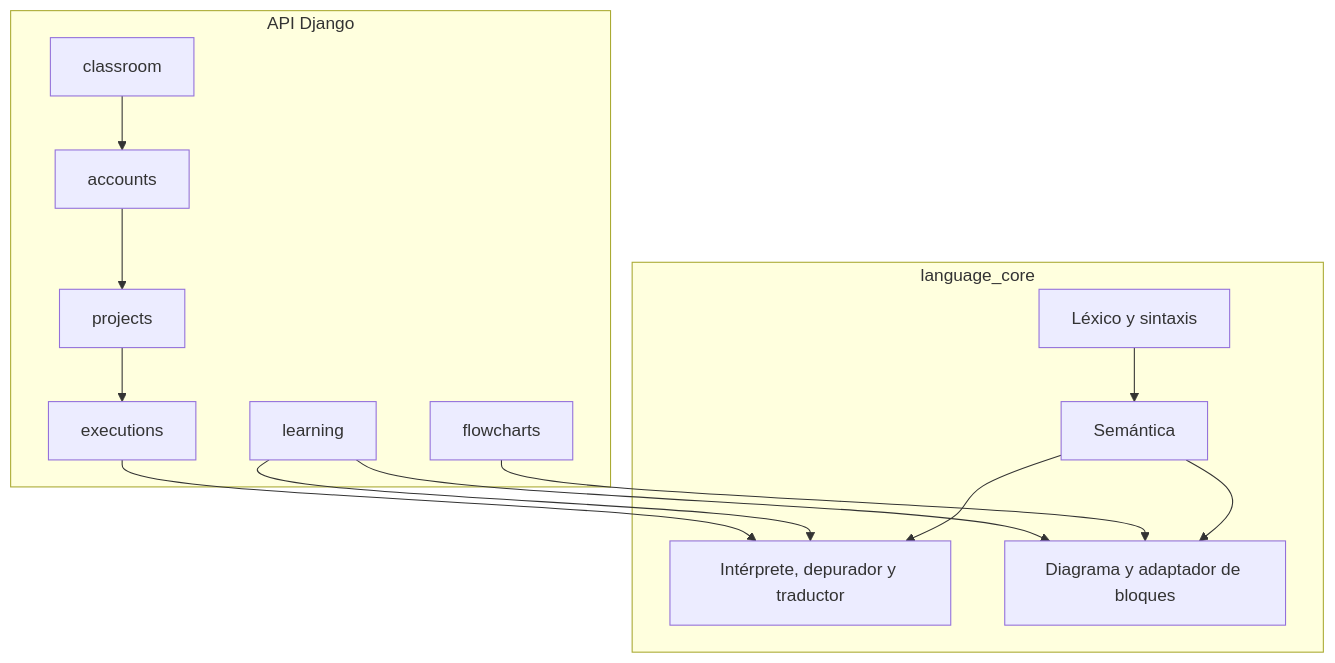
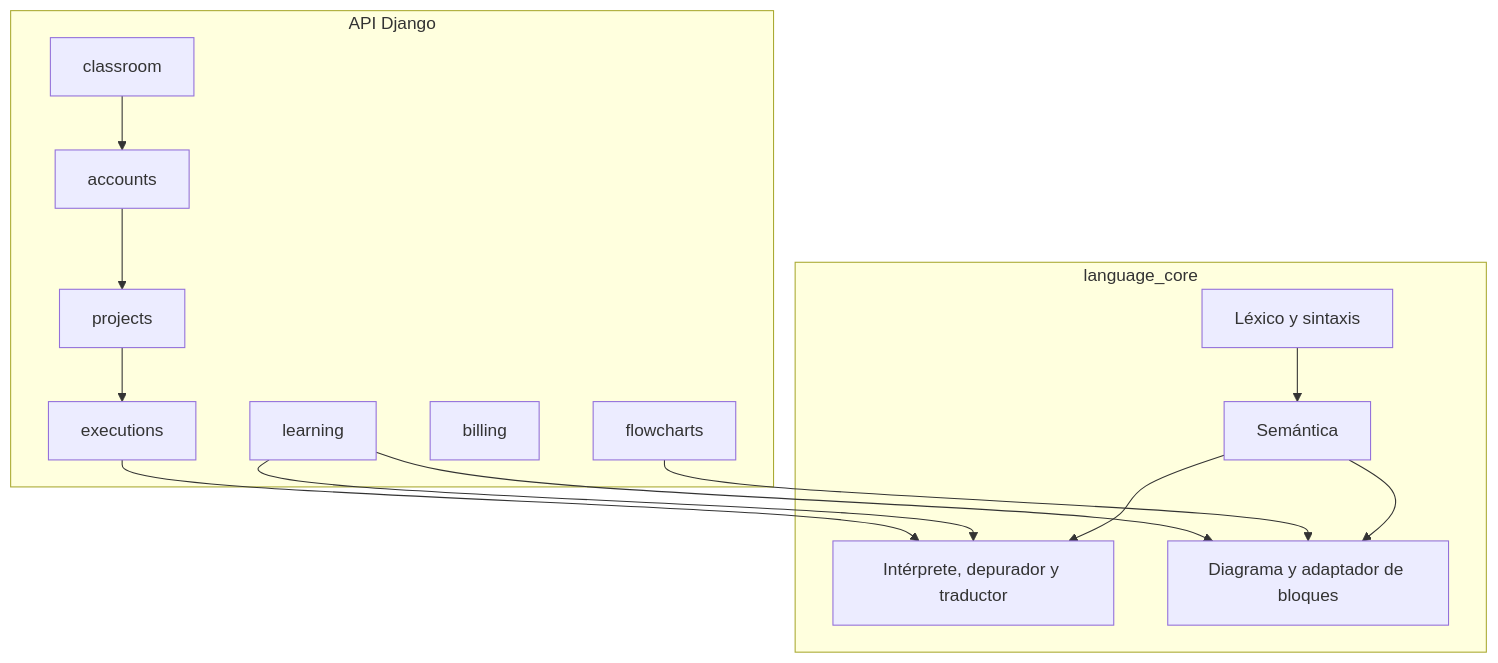
Before and after one commit to roque-code/FCDesign_client_server: the third of 3 diagrams in docs/vistas/diagrama-c4.md, drawn with Mermaid. The commit also changed other lines of this file and 1033 other files, not shown here.

````diff
--- a/docs/vistas/diagrama-c4.md
+++ b/docs/vistas/diagrama-c4.md
@@ -60,26 +60,27 @@
 ```mermaid
 flowchart TB
     subgraph api [API Django]
         accounts[accounts]
         projects[projects]
         executions[executions]
         learning[learning]
         classroom[classroom]
+        billing[billing]
         charts[flowcharts]
     end
     subgraph nucleo [language_core]
         lex[Léxico y sintaxis]
         sem[Semántica]
         interp[Intérprete, depurador y traductor]
         flow[Diagrama y adaptador de bloques]
     end
     accounts --> projects
     projects --> executions
     executions --> interp
     learning --> flow
     learning --> interp
     charts --> flow
     classroom --> accounts
     lex --> sem --> interp
     sem --> flow
 ```
````
